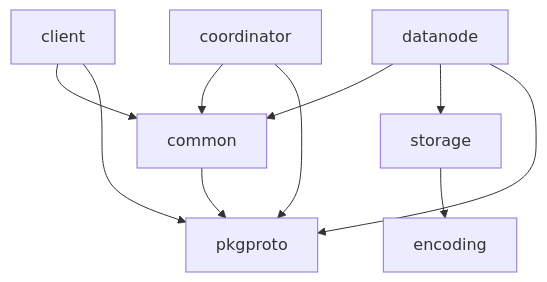
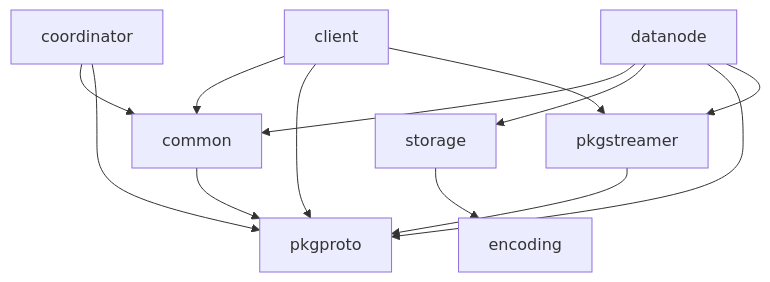
Before and after one commit to mochivi/distributed-file-system: the diagram in docs/architecture.md, drawn with Mermaid. The commit also changed other lines of this file and 3 other files, not shown here.

````diff
--- a/docs/architecture.md
+++ b/docs/architecture.md
@@ -116,12 +156,15 @@
 ```mermaid
 flowchart TD
     client --> common
     datanode --> common
     datanode --> storage
     coordinator --> common
     storage --> encoding
     common --> pkgproto
     datanode --> pkgproto
     coordinator --> pkgproto
     client --> pkgproto
+    client --> pkgstreamer
+    datanode --> pkgstreamer
+    pkgstreamer --> pkgproto
 ```
````
